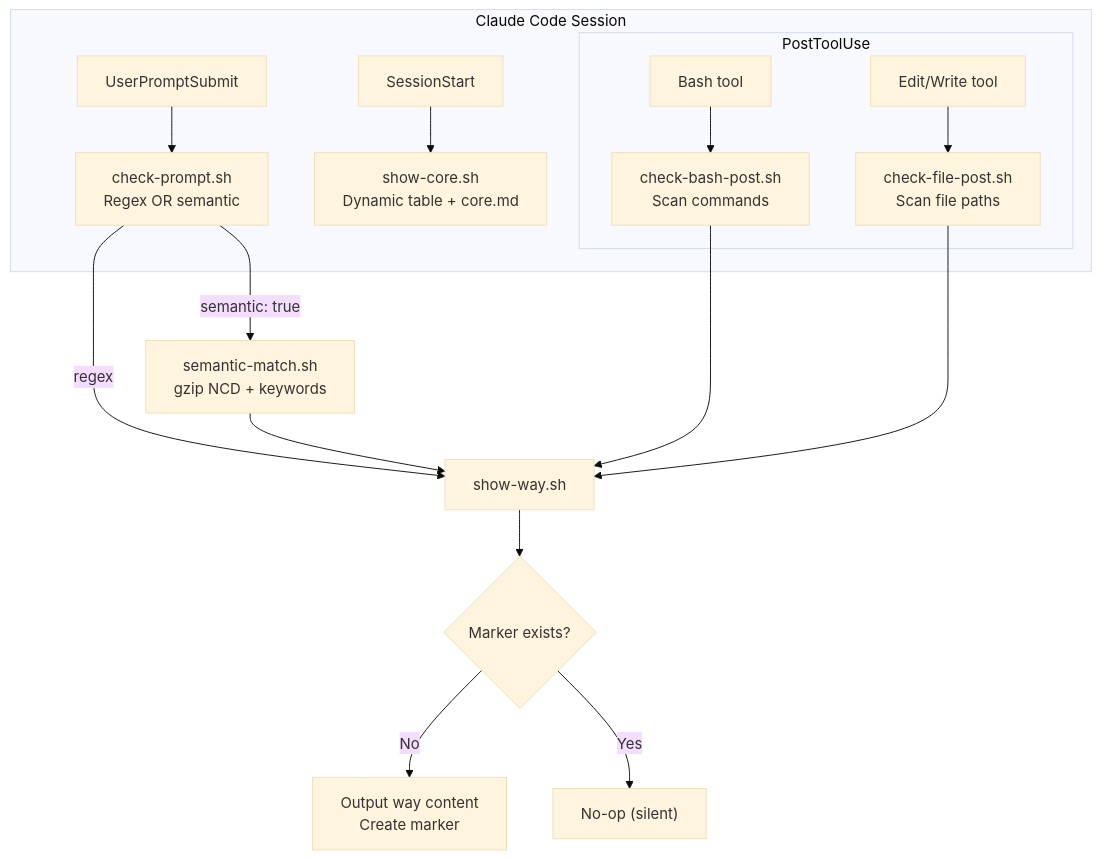
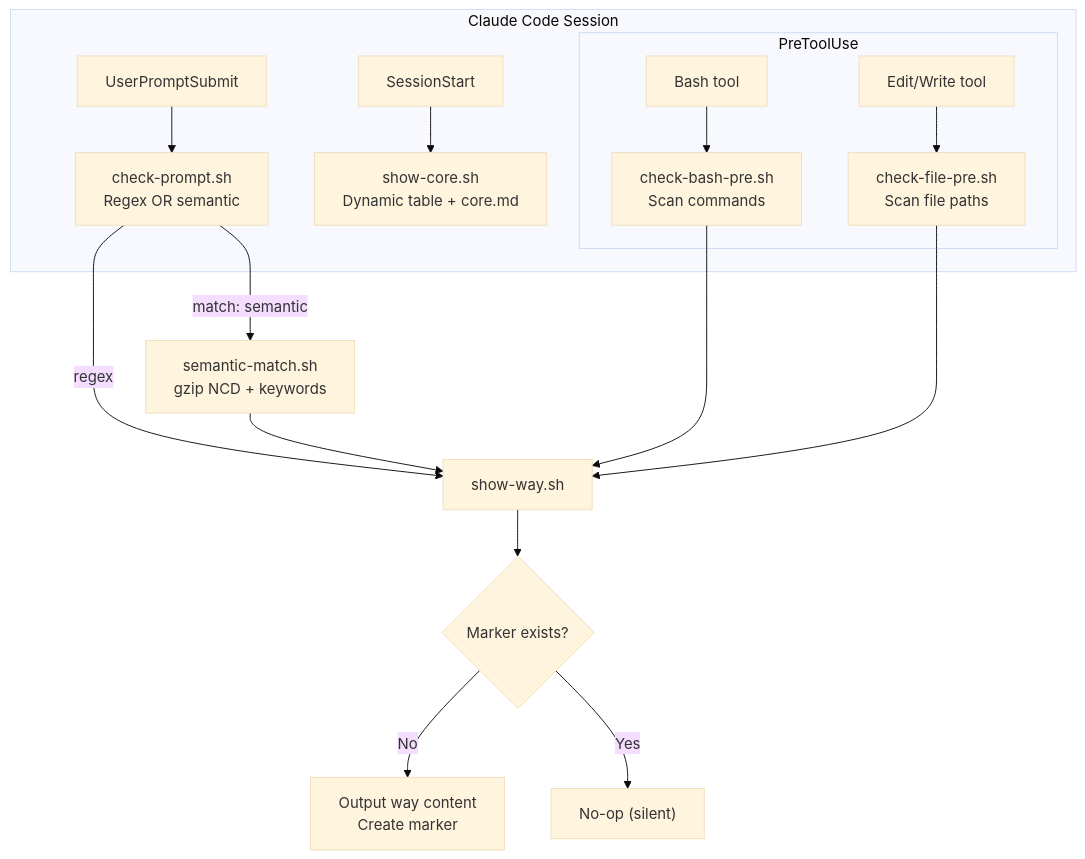
One commit to aaronsb/claude-code-config changed the first of 8 diagrams in docs/architecture.md. Above: the diagram before and after it, drawn with Mermaid (base theme). The commit also changed other lines of this file and 1 other file, not shown here.

First line of the commit message:
docs: fix stale PostToolUse and keywords references

````diff
--- a/docs/architecture.md
+++ b/docs/architecture.md
@@ -9,23 +9,23 @@
 ```mermaid
 flowchart TB
     subgraph Session["Claude Code Session"]
         SS[SessionStart] --> Core["show-core.sh<br/>Dynamic table + core.md"]
 
         UP[UserPromptSubmit] --> CP["check-prompt.sh<br/>Regex OR semantic"]
 
-        subgraph PostTool["PostToolUse"]
-            Bash[Bash tool] --> CB["check-bash-post.sh<br/>Scan commands"]
-            Edit[Edit/Write tool] --> CF["check-file-post.sh<br/>Scan file paths"]
+        subgraph PreTool["PreToolUse"]
+            Bash[Bash tool] --> CB["check-bash-pre.sh<br/>Scan commands"]
+            Edit[Edit/Write tool] --> CF["check-file-pre.sh<br/>Scan file paths"]
         end
     end
 
-    CP -->|semantic: true| SM["semantic-match.sh<br/>gzip NCD + keywords"]
+    CP -->|match: semantic| SM["semantic-match.sh<br/>gzip NCD + keywords"]
     CP -->|regex| SW["show-way.sh"]
     SM --> SW
     CB --> SW
     CF --> SW
 
     SW --> Check{Marker exists?}
     Check -->|No| Output["Output way content<br/>Create marker"]
     Check -->|Yes| Silent["No-op (silent)"]
 ```
````
